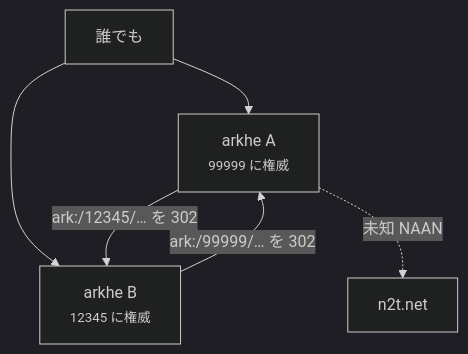
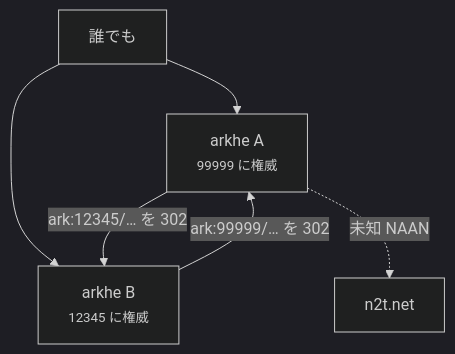
Before and after one commit to RCOSDP/arkhe: the fourth of 14 diagrams in docs/guides/federation.ja.md, drawn with Mermaid (dark theme). The commit also changed other lines of this file and 75 other files, not shown here.

````diff
--- a/docs/guides/federation.ja.md
+++ b/docs/guides/federation.ja.md
@@ -81,8 +81,8 @@
 ```mermaid
 flowchart TD
     U[誰でも] --> A["arkhe A<br/><small>99999 に権威</small>"]
     U --> B["arkhe B<br/><small>12345 に権威</small>"]
-    A -->|"ark:/12345/… を 302"| B
-    B -->|"ark:/99999/… を 302"| A
+    A -->|"ark:12345/… を 302"| B
+    B -->|"ark:99999/… を 302"| A
     A -.->|"未知 NAAN"| N[n2t.net]
 ```
````
